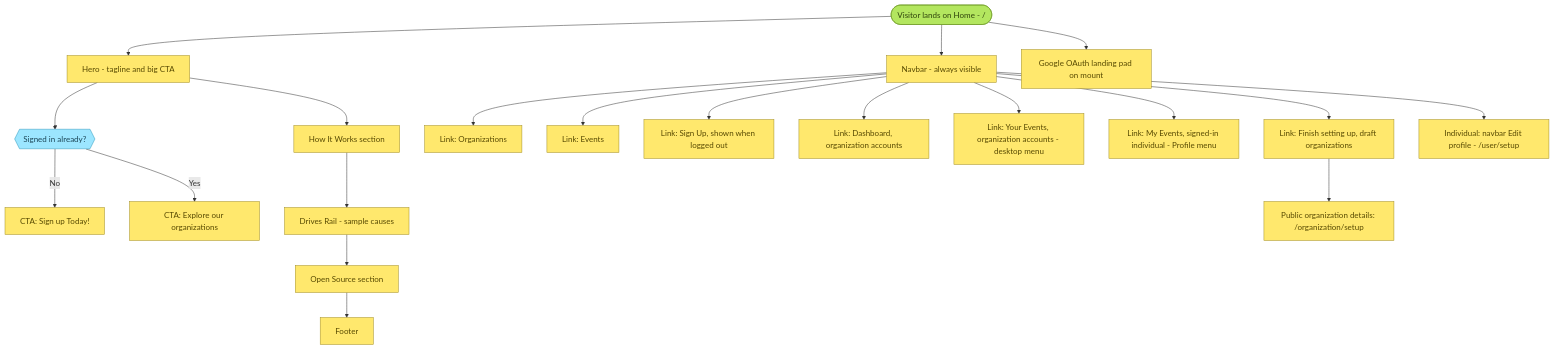
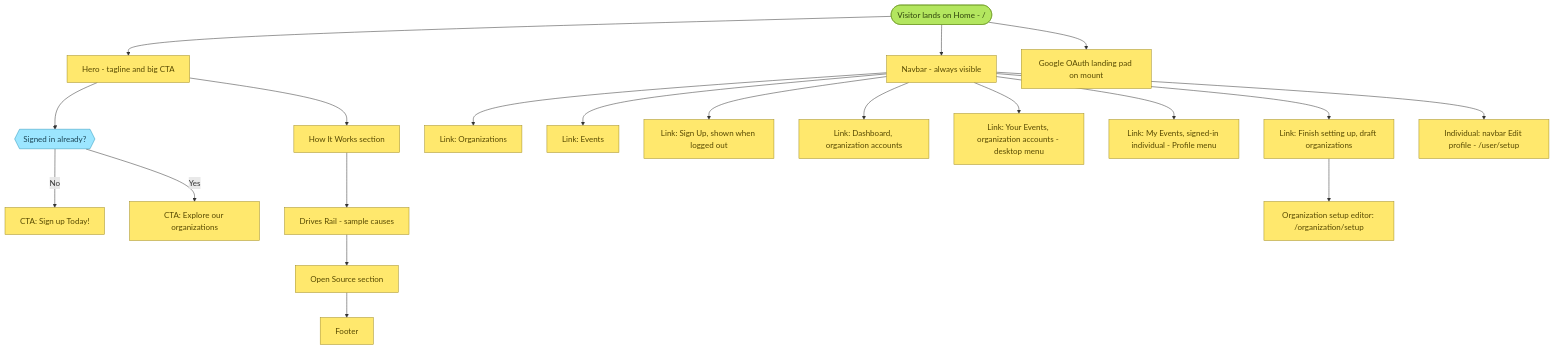
The second of 7 diagrams in docs/specs/user-flows.md (karmacircleCommunity/KarmaCircle), drawn with Mermaid before and after one commit. The commit also changed other lines of this file and 40 other files, not shown here.

````diff
--- a/docs/specs/user-flows.md
+++ b/docs/specs/user-flows.md
@@ -96,47 +98,47 @@
 ```mermaid
 flowchart TD
     classDef general fill:#FFE86D,stroke:#A28E26,color:#574900
     classDef decision fill:#9CE6FF,stroke:#2C97BB,color:#1C4657
     classDef terminator fill:#B3E65F,stroke:#6E9A24,color:#2F440B
 
     h_start(["Visitor lands on Home - /"]):::terminator
     h_hero["Hero - tagline and big CTA"]:::general
     h_cta{{"Signed in already?"}}:::decision
     h_cta_signup["CTA: Sign up Today!"]:::general
     h_cta_explore["CTA: Explore our organizations"]:::general
     h_how["How It Works section"]:::general
     h_drives["Drives Rail - sample causes"]:::general
     h_oss["Open Source section"]:::general
     h_footer["Footer"]:::general
     h_navbar["Navbar - always visible"]:::general
     h_nav_orgs["Link: Organizations"]:::general
     h_nav_events["Link: Events"]:::general
     h_nav_signup["Link: Sign Up, shown when logged out"]:::general
     h_nav_dash["Link: Dashboard, organization accounts"]:::general
     h_nav_yourevents["Link: Your Events, organization accounts - desktop menu"]:::general
     h_nav_myevents["Link: My Events, signed-in individual - Profile menu"]:::general
     h_nav_finish["Link: Finish setting up, draft organizations"]:::general
     h_oauth["Google OAuth landing pad on mount"]:::general
     u_personal["Individual: navbar Edit profile - /user/setup"]:::general
-    u_org_record["Public organization details: /organization/setup"]:::general
+    u_org_record["Organization setup editor: /organization/setup"]:::general
 
     h_start --> h_hero
     h_hero --> h_cta
     h_cta -->|"No"| h_cta_signup
     h_cta -->|"Yes"| h_cta_explore
     h_hero --> h_how
     h_how --> h_drives
     h_drives --> h_oss
     h_oss --> h_footer
     h_start --> h_navbar
     h_navbar --> h_nav_orgs
     h_navbar --> h_nav_events
     h_navbar --> h_nav_signup
     h_navbar --> h_nav_dash
     h_navbar --> h_nav_yourevents
     h_navbar --> h_nav_myevents
     h_navbar --> h_nav_finish
     h_start --> h_oauth
     h_navbar --> u_personal
     h_nav_finish --> u_org_record
 ```
````
